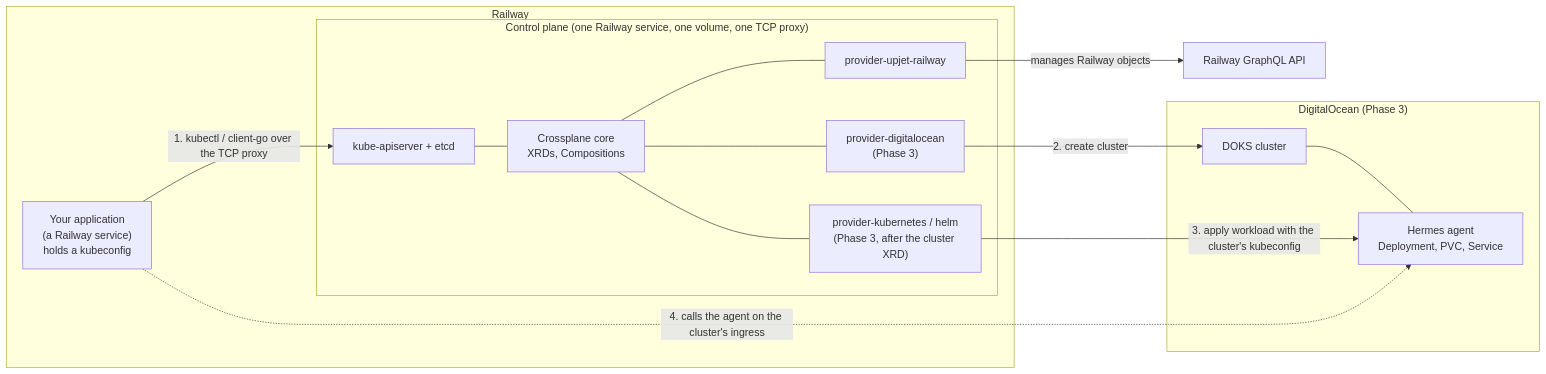
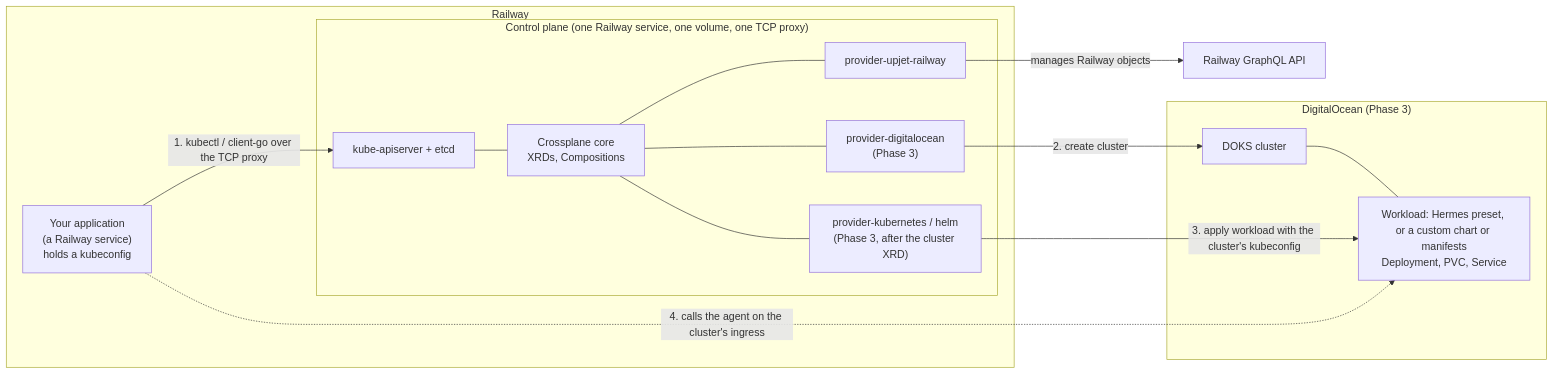
Before and after one commit to brezzy1337/provider-upjet-railway: the first of 2 diagrams in docs/architecture/introduction.md, drawn with Mermaid. The commit also changed other lines of this file and 5 other files, not shown here.

````diff
--- a/docs/architecture/introduction.md
+++ b/docs/architecture/introduction.md
@@ -16,28 +16,28 @@
 ```mermaid
 flowchart LR
     subgraph railway["Railway"]
         app["Your application<br/>(a Railway service)<br/>holds a kubeconfig"]
         subgraph cp["Control plane (one Railway service, one volume, one TCP proxy)"]
             api["kube-apiserver + etcd"]
             xp["Crossplane core<br/>XRDs, Compositions"]
             prw["provider-upjet-railway"]
             pdo["provider-digitalocean<br/>(Phase 3)"]
             pk8s["provider-kubernetes / helm<br/>(Phase 3, after the cluster XRD)"]
             api --- xp
             xp --- prw
             xp --- pdo
             xp --- pk8s
         end
     end
     rwapi["Railway GraphQL API"]
     subgraph do["DigitalOcean (Phase 3)"]
         doks["DOKS cluster"]
-        hermes["Hermes agent<br/>Deployment, PVC, Service"]
+        hermes["Workload: Hermes preset, or a custom chart or manifests<br/>Deployment, PVC, Service"]
         doks --- hermes
     end
     app -- "1. kubectl / client-go over the TCP proxy" --> api
     prw -- "manages Railway objects" --> rwapi
     pdo -- "2. create cluster" --> doks
     pk8s -- "3. apply workload with the cluster's kubeconfig" --> hermes
     app -. "4. calls the agent on the cluster's ingress" .-> hermes
 ```
````
